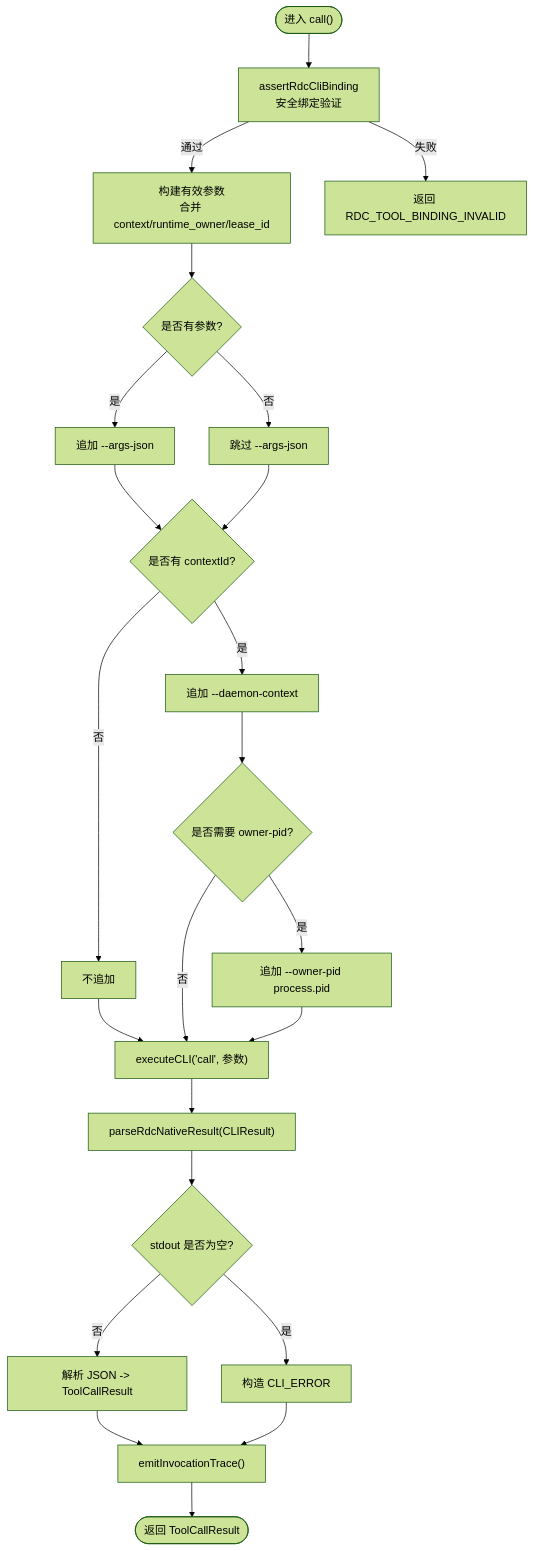
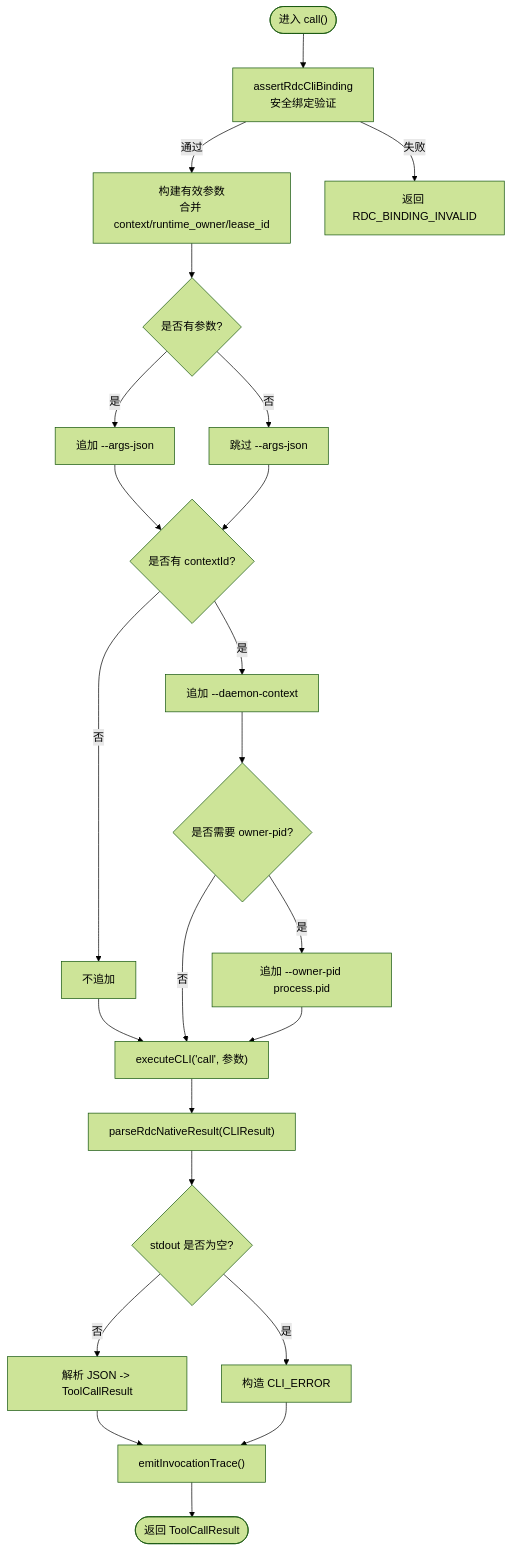
The third of 7 diagrams in .qoder/repowiki/zh/content/核心模块/工具系统/RDX CLI 调用器.md (haolange/RDC-Agent), drawn with Mermaid (forest theme) before and after one commit. The commit also changed other lines of this file and 150 other files, not shown here.

````diff
--- a/.qoder/repowiki/zh/content/核心模块/工具系统/RDX CLI 调用器.md
+++ b/.qoder/repowiki/zh/content/核心模块/工具系统/RDX CLI 调用器.md
@@ -151,25 +150,25 @@
 ```mermaid
 flowchart TD
 Start(["进入 call()"]) --> Validate["assertRdcCliBinding<br/>安全绑定验证"]
 Validate --> |通过| BuildArgs["构建有效参数<br/>合并 context/runtime_owner/lease_id"]
-Validate --> |失败| ErrorReturn["返回 RDC_TOOL_BINDING_INVALID"]
+Validate --> |失败| ErrorReturn["返回 RDC_BINDING_INVALID"]
 BuildArgs --> JsonArg{"是否有参数?"}
 JsonArg --> |是| AddJson["追加 --args-json"]
 JsonArg --> |否| SkipJson["跳过 --args-json"]
 AddJson --> ContextFlag{"是否有 contextId?"}
 SkipJson --> ContextFlag
 ContextFlag --> |是| AddCtx["追加 --daemon-context"]
 ContextFlag --> |否| NoCtx["不追加"]
 AddCtx --> OwnerPid{"是否需要 owner-pid?"}
 NoCtx --> Exec["executeCLI('call', 参数)"]
 OwnerPid --> |是| AddOwnerPid["追加 --owner-pid process.pid"]
 OwnerPid --> |否| Exec
 AddOwnerPid --> Exec
 Exec --> Parse["parseRdcNativeResult(CLIResult)"]
 Parse --> Stdout{"stdout 是否为空?"}
 Stdout --> |否| MapResult["解析 JSON -> ToolCallResult"]
 Stdout --> |是| ErrorResult["构造 CLI_ERROR"]
 MapResult --> Emit["emitInvocationTrace()"]
 ErrorResult --> Emit
 Emit --> End(["返回 ToolCallResult"])
 ```
````
